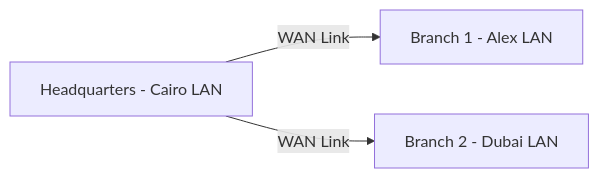
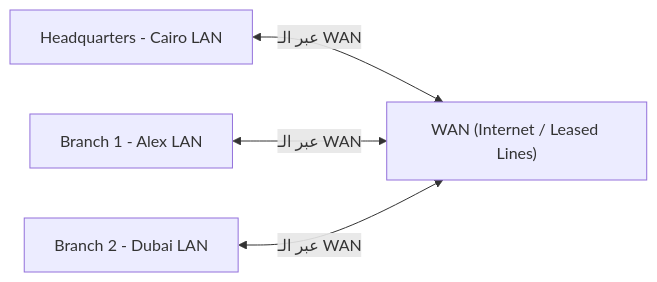
The ninth of 14 diagrams in Operating Systems & Networking Fundamentals.md (ammaryasser28/Introduction-To-Cyber-Security), drawn with Mermaid before and after one commit. The commit also changed other lines of this file, not shown here.

````diff
--- a/Operating Systems & Networking Fundamentals.md
+++ b/Operating Systems & Networking Fundamentals.md
@@ -316,9 +277,11 @@
 ```mermaid
 graph LR
-    HQ[Headquarters - Cairo LAN]
-    BR1[Branch 1 - Alex LAN]
-    BR2[Branch 2 - Dubai LAN]
+    HQ["Headquarters - Cairo LAN"]
+    BR1["Branch 1 - Alex LAN"]
+    BR2["Branch 2 - Dubai LAN"]
+    WAN["WAN (Internet / Leased Lines)"]
 
-    HQ -- WAN Link --> BR1
-    HQ -- WAN Link --> BR2
+    HQ <-->|عبر الـ WAN| WAN
+    BR1 <-->|عبر الـ WAN| WAN
+    BR2 <-->|عبر الـ WAN| WAN
 ```
````
